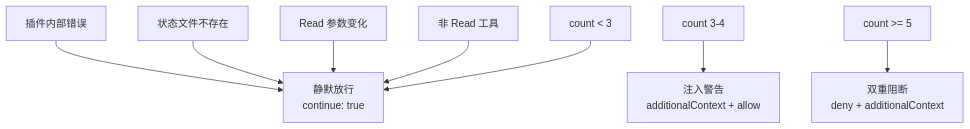
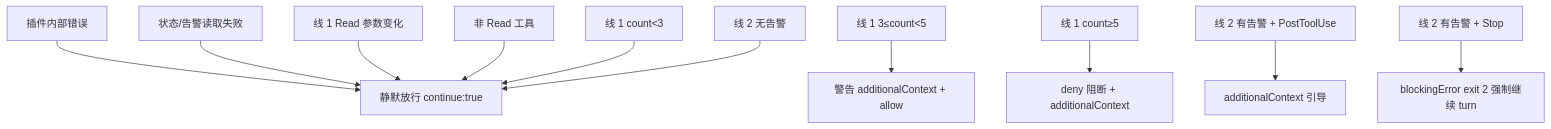
The eighth of 9 diagrams in docs/3. Workflow Overview.md (Lionad-Morotar/cc-break-dead-loop), drawn with Mermaid before and after one commit. The commit also changed other lines of this file and 15 other files, not shown here.

````diff
--- a/docs/3. Workflow Overview.md
+++ b/docs/3. Workflow Overview.md
@@ -199,10 +299,13 @@
 ```mermaid
 flowchart TD
-  A[插件内部错误] --> B[静默放行<br/>continue: true]
-  C[状态文件不存在] --> B
-  D[Read 参数变化] --> B
+  A[插件内部错误] --> B[静默放行 continue:true]
+  C[状态/告警读取失败] --> B
+  D[线 1 Read 参数变化] --> B
   E[非 Read 工具] --> B
-  F[count < 3] --> B
-  G[count 3-4] --> H[注入警告<br/>additionalContext + allow]
-  I[count >= 5] --> J[双重阻断<br/>deny + additionalContext]
+  F[线 1 count<3] --> B
+  G[线 1 3≤count<5] --> H[警告 additionalContext + allow]
+  I[线 1 count≥5] --> J[deny 阻断 + additionalContext]
+  K[线 2 有告警 + PostToolUse] --> L[additionalContext 引导]
+  M[线 2 有告警 + Stop] --> N[blockingError exit 2 强制继续 turn]
+  O[线 2 无告警] --> B
 ```
````
